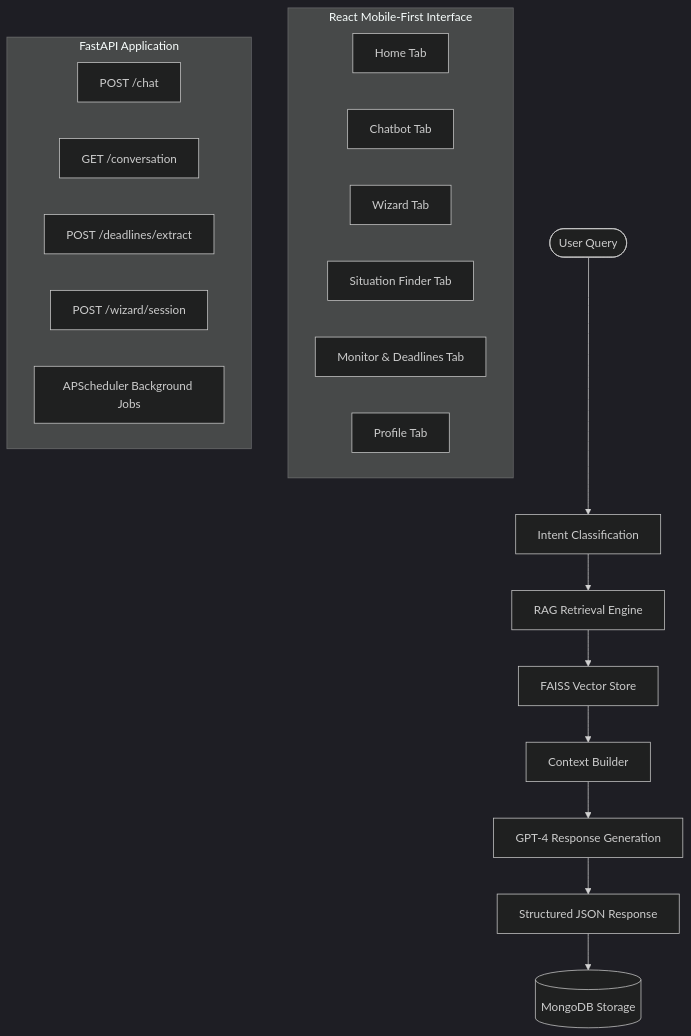
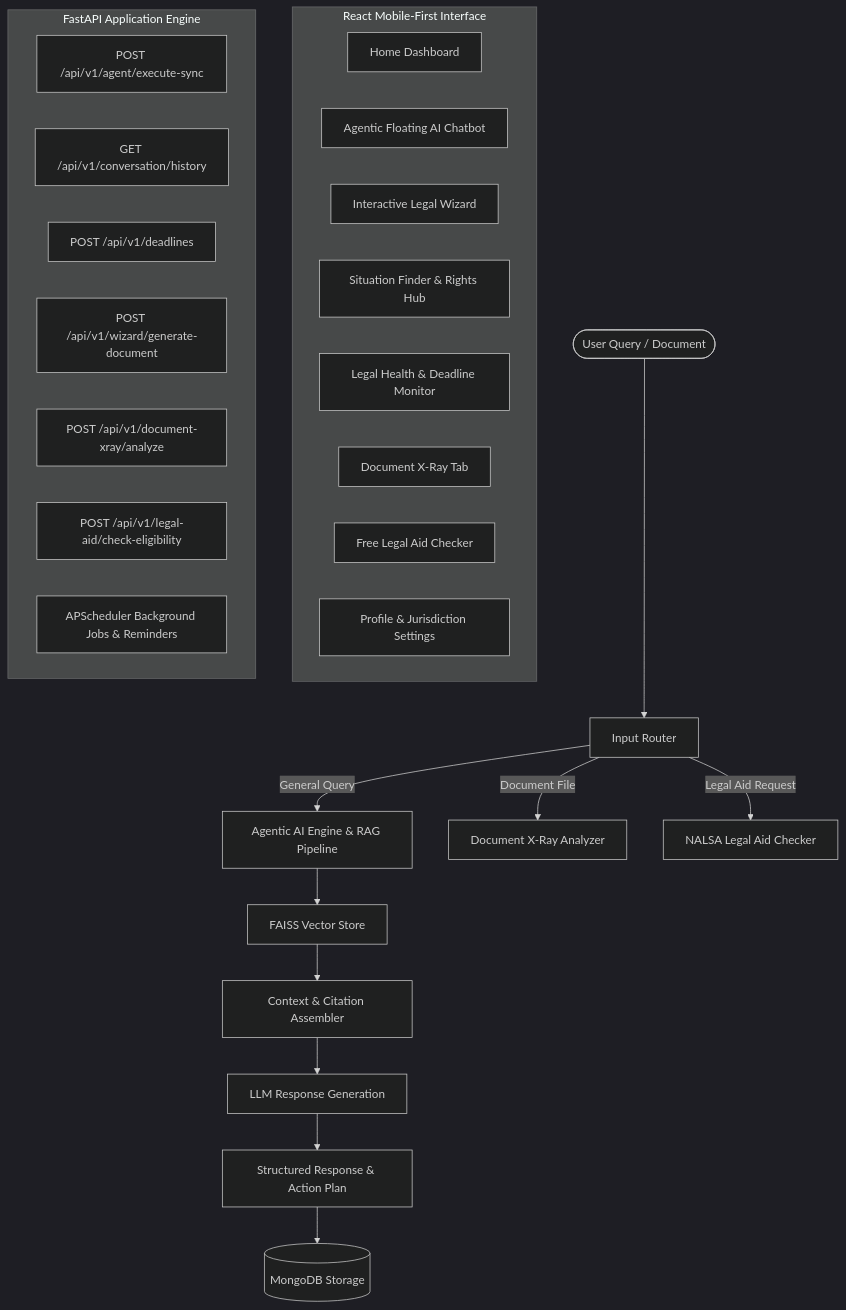
The diagram in Documents/project_overview.md (Balaji-1206/LegalAce), drawn with Mermaid (dark theme) before and after one commit. The commit also changed other lines of this file and 25 other files, not shown here.

````diff
--- a/Documents/project_overview.md
+++ b/Documents/project_overview.md
@@ -9,27 +9,34 @@
 ```mermaid
 graph TD
-    User([User Query]) --> Intent[Intent Classification]
-    Intent --> RAG[RAG Retrieval Engine]
-    RAG --> FAISS[FAISS Vector Store]
-    FAISS --> Context[Context Builder]
-    Context --> LLM[GPT-4 Response Generation]
-    LLM --> StructuredResponse[Structured JSON Response]
+    User([User Query / Document]) --> InputHandler[Input Router]
+    InputHandler -->|General Query| Agent[Agentic AI Engine & RAG Pipeline]
+    InputHandler -->|Document File| XRay[Document X-Ray Analyzer]
+    InputHandler -->|Legal Aid Request| LegalAid[NALSA Legal Aid Checker]
+    
+    Agent --> FAISS[FAISS Vector Store]
+    FAISS --> Context[Context & Citation Assembler]
+    Context --> LLM[LLM Response Generation]
+    LLM --> StructuredResponse[Structured Response & Action Plan]
     StructuredResponse --> DB[(MongoDB Storage)]
     
     subgraph Frontend [React Mobile-First Interface]
-        Home[Home Tab]
-        Chat[Chatbot Tab]
-        Wizard[Wizard Tab]
-        Situations[Situation Finder Tab]
-        Monitor[Monitor & Deadlines Tab]
-        Profile[Profile Tab]
+        Home[Home Dashboard]
+        Chat[Agentic Floating AI Chatbot]
+        Wizard[Interactive Legal Wizard]
+        Situations[Situation Finder & Rights Hub]
+        Monitor[Legal Health & Deadline Monitor]
+        XRayUI[Document X-Ray Tab]
+        LegalAidUI[Free Legal Aid Checker]
+        Profile[Profile & Jurisdiction Settings]
     end
     
-    subgraph Backend [FastAPI Application]
-        ApiChat[POST /chat]
-        ApiConv[GET /conversation]
-        ApiDeadlines[POST /deadlines/extract]
-        ApiWizard[POST /wizard/session]
-        Scheduler[APScheduler Background Jobs]
+    subgraph Backend [FastAPI Application Engine]
+        ApiChat[POST /api/v1/agent/execute-sync]
+        ApiConv[GET /api/v1/conversation/history]
+        ApiDeadlines[POST /api/v1/deadlines]
+        ApiWizard[POST /api/v1/wizard/generate-document]
+        ApiXRay[POST /api/v1/document-xray/analyze]
+        ApiLegalAid[POST /api/v1/legal-aid/check-eligibility]
+        Scheduler[APScheduler Background Jobs & Reminders]
     end
 ```
````
